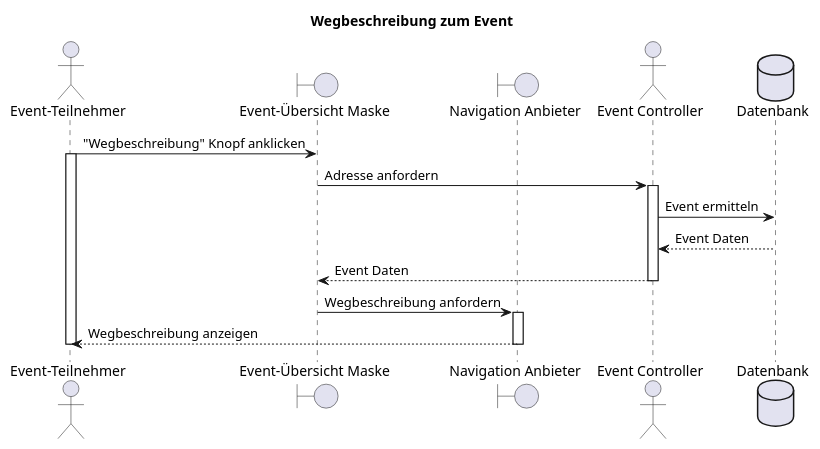
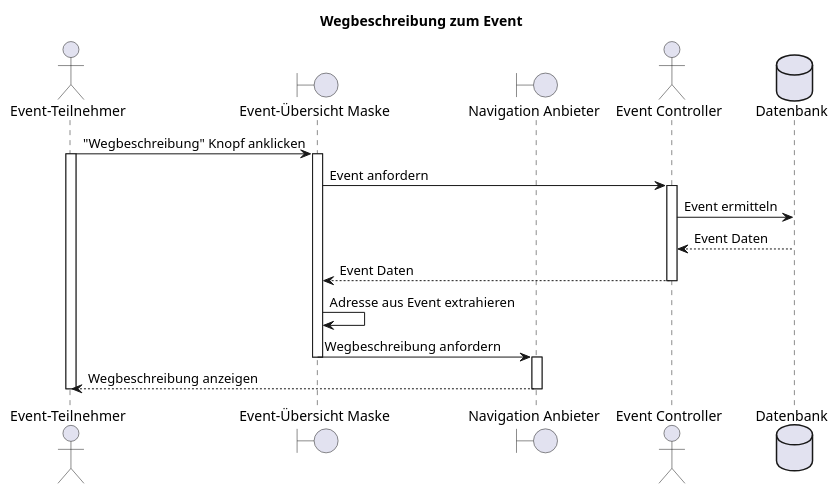
The diagram in docs/F018/F018_WegbeschreibungZumEvent_seq.plantuml (party-time-2/party-time), drawn with PlantUML before and after one commit. The commit also changed 1 other file, not shown here.

Commit message:
F018 sequence diagram change

```diff
--- a/docs/F018/F018_WegbeschreibungZumEvent_seq.plantuml
+++ b/docs/F018/F018_WegbeschreibungZumEvent_seq.plantuml
@@ -1,24 +1,27 @@
 @startuml F018_WegbeschreibungZumEvent_seq
 title "Wegbeschreibung zum Event"
 
 actor "Event-Teilnehmer" as user
 boundary "Event-Übersicht Maske" as eventMask
 boundary "Navigation Anbieter" as navProvider
 actor "Event Controller" as eventController
 database "Datenbank" as db
 
 
 user -> eventMask: "Wegbeschreibung" Knopf anklicken
 activate user
-eventMask -> eventController: Adresse anfordern
+activate eventMask
+eventMask -> eventController: Event anfordern
 activate eventController
 eventController -> db: Event ermitteln
 eventController <-- db: Event Daten
 eventMask <-- eventController: Event Daten
 deactivate eventController
+eventMask -> eventMask: Adresse aus Event extrahieren
 eventMask -> navProvider: Wegbeschreibung anfordern
+deactivate eventMask
 activate navProvider
 user <-- navProvider: Wegbeschreibung anzeigen
 deactivate navProvider
 deactivate user
 @enduml
```
